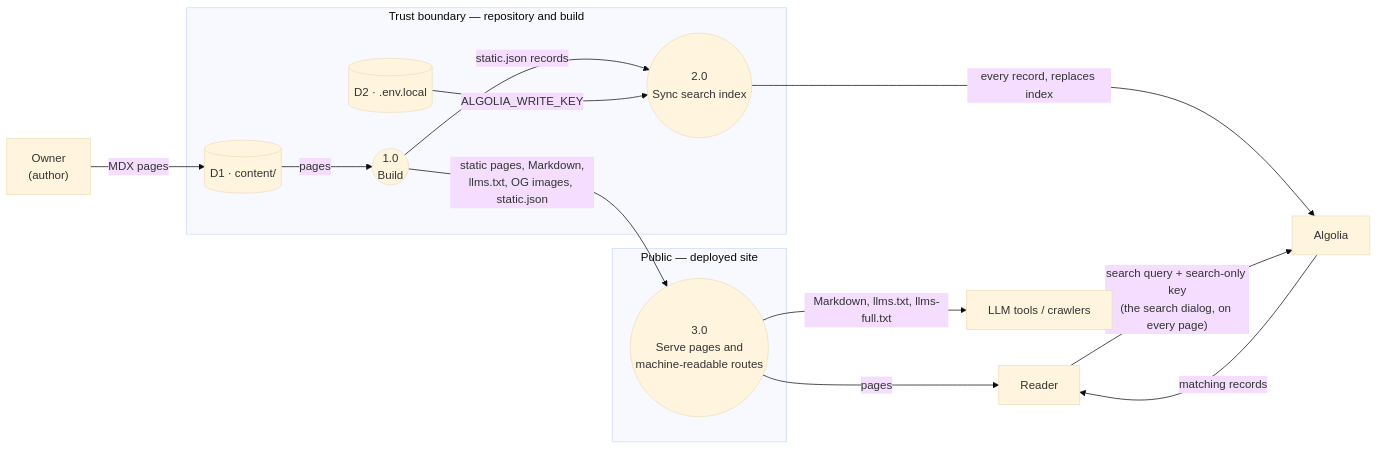
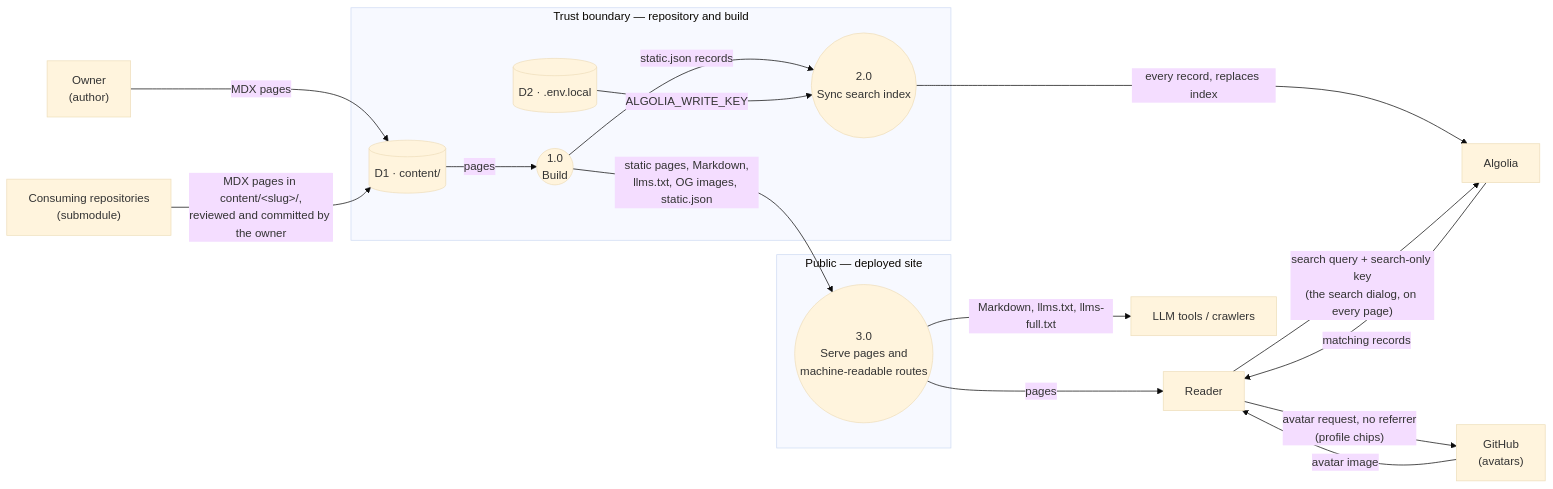
The diagram in content/docs/maintain/dfd/system.mdx (nepal-dev-com/docs.nepal-dev.com), drawn with Mermaid (base theme) before and after one commit. The commit also changed other lines of this file and 86 other files, not shown here.

````diff
--- a/content/docs/maintain/dfd/system.mdx
+++ b/content/docs/maintain/dfd/system.mdx
@@ -18,29 +18,34 @@
 ```mermaid
 flowchart LR
   Owner["Owner<br/>(author)"]
+  Consumer["Consuming repositories<br/>(submodule)"]
   Reader["Reader"]
   Bot["LLM tools / crawlers"]
   ALG["Algolia"]
+  GH["GitHub<br/>(avatars)"]
 
   subgraph Trust["Trust boundary — repository and build"]
     D1[("D1 · content/")]
     D2[("D2 · .env.local")]
     P1(("1.0<br/>Build"))
     P2(("2.0<br/>Sync search index"))
   end
 
   subgraph Public["Public — deployed site"]
     P3(("3.0<br/>Serve pages and<br/>machine-readable routes"))
   end
 
   Owner -->|"MDX pages"| D1
+  Consumer -->|"MDX pages in content/&lt;slug&gt;/,<br/>reviewed and committed by the owner"| D1
   D1 -->|"pages"| P1
   P1 -->|"static pages, Markdown,<br/>llms.txt, OG images, static.json"| P3
   P1 -->|"static.json records"| P2
   D2 -->|"ALGOLIA_WRITE_KEY"| P2
   P2 -->|"every record, replaces index"| ALG
   P3 -->|"pages"| Reader
   P3 -->|"Markdown, llms.txt, llms-full.txt"| Bot
   Reader -->|"search query + search-only key<br/>(the search dialog, on every page)"| ALG
   ALG -->|"matching records"| Reader
+  Reader -->|"avatar request, no referrer<br/>(profile chips)"| GH
+  GH -->|"avatar image"| Reader
 ```
````
